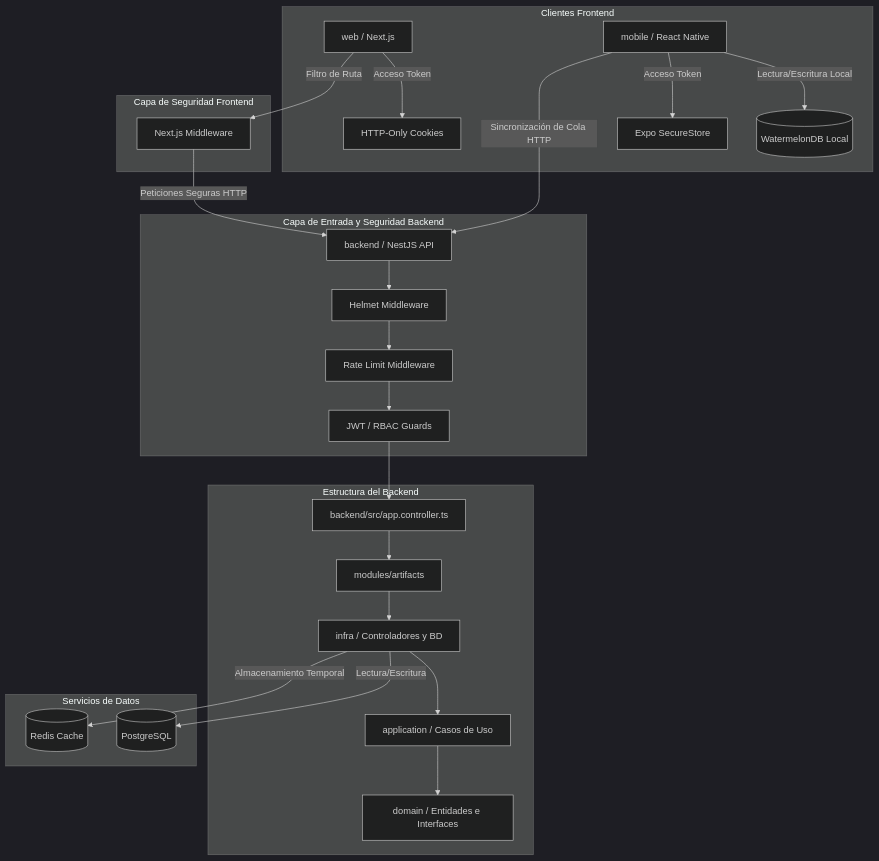
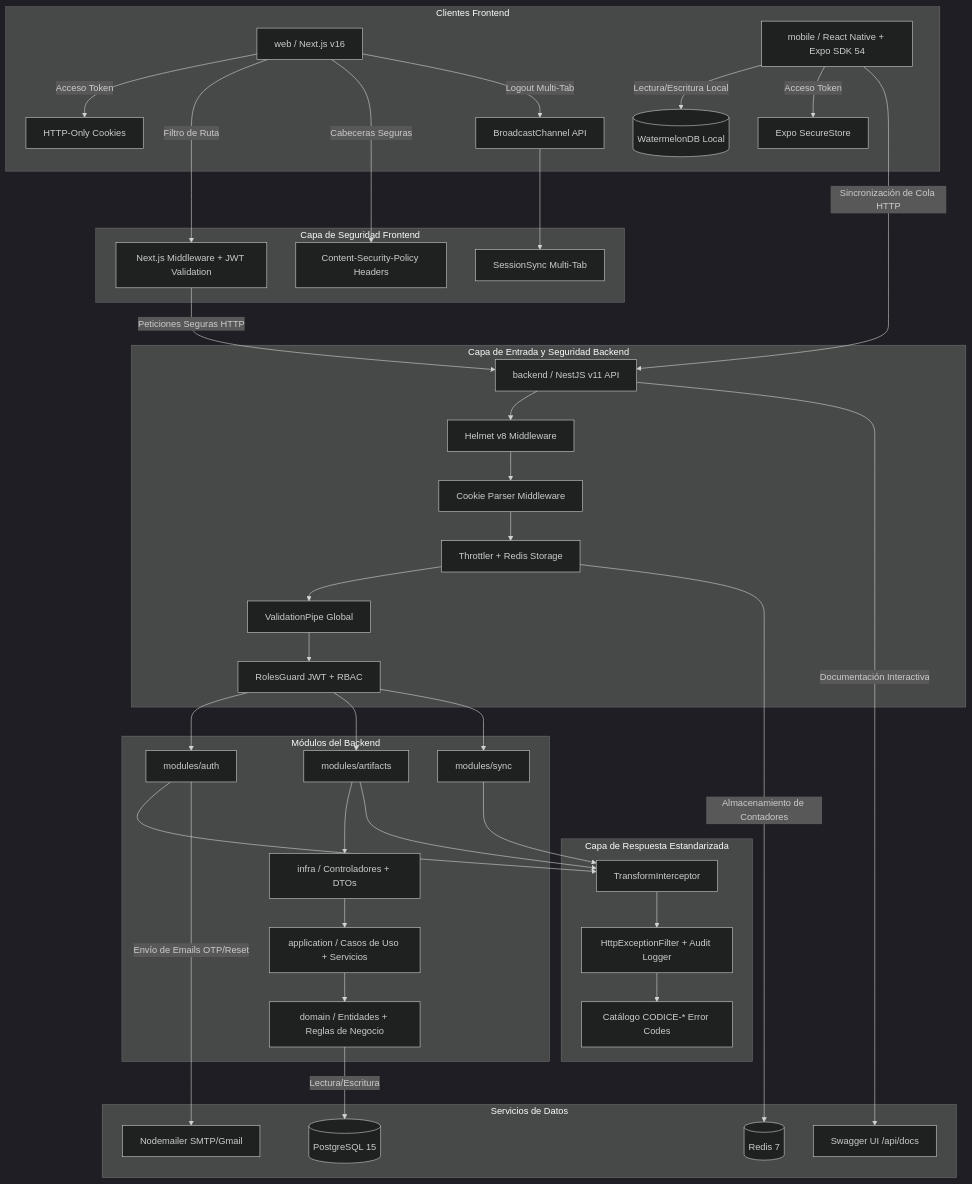
The first of 3 diagrams in PLANIFICACION_ESTRUCTURA.md (Maripneitor/CODICE), drawn with Mermaid (dark theme) before and after one commit. The commit also changed other lines of this file and 111 other files, not shown here.

````diff
--- a/PLANIFICACION_ESTRUCTURA.md
+++ b/PLANIFICACION_ESTRUCTURA.md
@@ -149,36 +301,50 @@
 ```mermaid
 graph TD
     subgraph Frontend_Clients [Clientes Frontend]
-        Web[web / Next.js]
-        Mobile[mobile / React Native]
+        Web[web / Next.js v16]
+        Mobile[mobile / React Native + Expo SDK 54]
         WatermelonDB[(WatermelonDB Local)]
         SecureStore[Expo SecureStore]
         WebCookies[HTTP-Only Cookies]
+        BroadcastCh[BroadcastChannel API]
     end
 
     subgraph Security_Shield [Capa de Seguridad Frontend]
-        WebMiddleware[Next.js Middleware]
+        WebMiddleware[Next.js Middleware + JWT Validation]
+        CSPHeaders[Content-Security-Policy Headers]
+        SessionSync[SessionSync Multi-Tab]
     end
 
     subgraph API_Gateway [Capa de Entrada y Seguridad Backend]
-        NestAPI[backend / NestJS API]
-        HelmetMW[Helmet Middleware]
-        RateLimitMW[Rate Limit Middleware]
-        AuthGuards[JWT / RBAC Guards]
+        NestAPI[backend / NestJS v11 API]
+        HelmetMW[Helmet v8 Middleware]
+        RateLimitMW[Throttler + Redis Storage]
+        CookieParser[Cookie Parser Middleware]
+        ValidationPipe[ValidationPipe Global]
+        AuthGuards[RolesGuard JWT + RBAC]
     end
 
-    subgraph Clean_Architecture_Backend [Estructura del Backend]
-        AppCtrl[backend/src/app.controller.ts]
-        Modules[modules/artifacts]
-        
-        AppLayer[application / Casos de Uso]
-        DomainLayer[domain / Entidades e Interfaces]
-        InfraLayer[infra / Controladores y BD]
+    subgraph Response_Layer [Capa de Respuesta Estandarizada]
+        TransformInt[TransformInterceptor]
+        ExceptionFilter[HttpExceptionFilter + Audit Logger]
+        ErrorCodes[Catálogo CODICE-* Error Codes]
+    end
+
+    subgraph Clean_Architecture_Backend [Módulos del Backend]
+        AuthMod[modules/auth]
+        ArtifactsMod[modules/artifacts]
+        SyncMod[modules/sync]
+
+        AppLayer[application / Casos de Uso + Servicios]
+        DomainLayer[domain / Entidades + Reglas de Negocio]
+        InfraLayer[infra / Controladores + DTOs]
     end
 
     subgraph Infrastructure_Services [Servicios de Datos]
-        Postgres[(PostgreSQL)]
-        RedisCache[(Redis Cache)]
+        Postgres[(PostgreSQL 15)]
+        RedisCache[(Redis 7)]
+        MailService[Nodemailer SMTP/Gmail]
+        SwaggerUI[Swagger UI /api/docs]
     end
 
     %% Flujos de Seguridad y Almacenamiento en Cliente
@@ -186,24 +352,40 @@
     Mobile -->|Acceso Token| SecureStore
     Web -->|Acceso Token| WebCookies
     Web -->|Filtro de Ruta| WebMiddleware
+    Web -->|Cabeceras Seguras| CSPHeaders
+    Web -->|Logout Multi-Tab| BroadcastCh
+    BroadcastCh --> SessionSync
 
     %% Conexiones Seguras hacia la API
     WebMiddleware -->|Peticiones Seguras HTTP| NestAPI
     Mobile -->|Sincronización de Cola HTTP| NestAPI
 
-    %% Filtrado en API
+    %% Pipeline de Seguridad en API
     NestAPI --> HelmetMW
-    HelmetMW --> RateLimitMW
-    RateLimitMW --> AuthGuards
-    
+    HelmetMW --> CookieParser
+    CookieParser --> RateLimitMW
+    RateLimitMW --> ValidationPipe
+    ValidationPipe --> AuthGuards
+
     %% Acceso a la Lógica de Negocio
-    AuthGuards --> AppCtrl
-    AppCtrl --> Modules
-    
-    Modules --> InfraLayer
+    AuthGuards --> AuthMod
+    AuthGuards --> ArtifactsMod
+    AuthGuards --> SyncMod
+
+    ArtifactsMod --> InfraLayer
     InfraLayer --> AppLayer
     AppLayer --> DomainLayer
-    
-    InfraLayer -->|Lectura/Escritura| Postgres
-    InfraLayer -->|Almacenamiento Temporal| RedisCache
+
+    %% Capa de Respuesta
+    AuthMod --> TransformInt
+    ArtifactsMod --> TransformInt
+    SyncMod --> TransformInt
+    TransformInt --> ExceptionFilter
+    ExceptionFilter --> ErrorCodes
+
+    %% Servicios de Infraestructura
+    DomainLayer -->|Lectura/Escritura| Postgres
+    RateLimitMW -->|Almacenamiento de Contadores| RedisCache
+    AuthMod -->|Envío de Emails OTP/Reset| MailService
+    NestAPI -->|Documentación Interactiva| SwaggerUI
 ```
````
